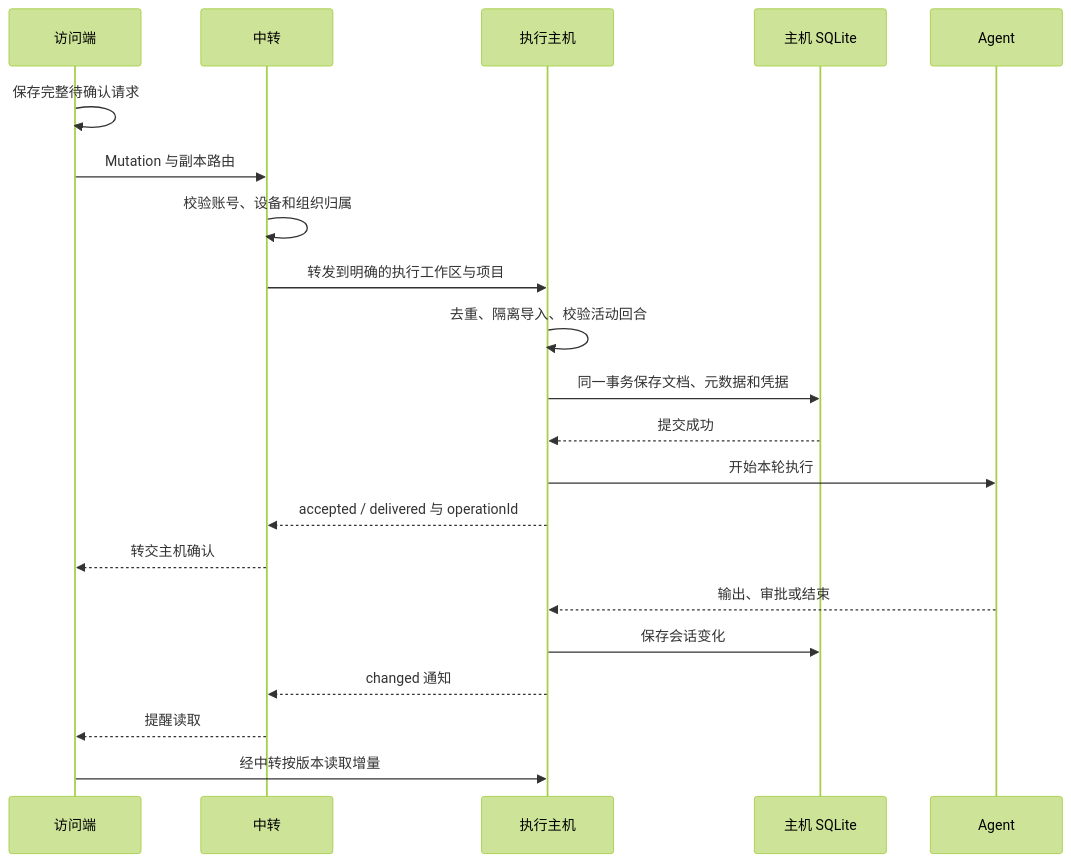
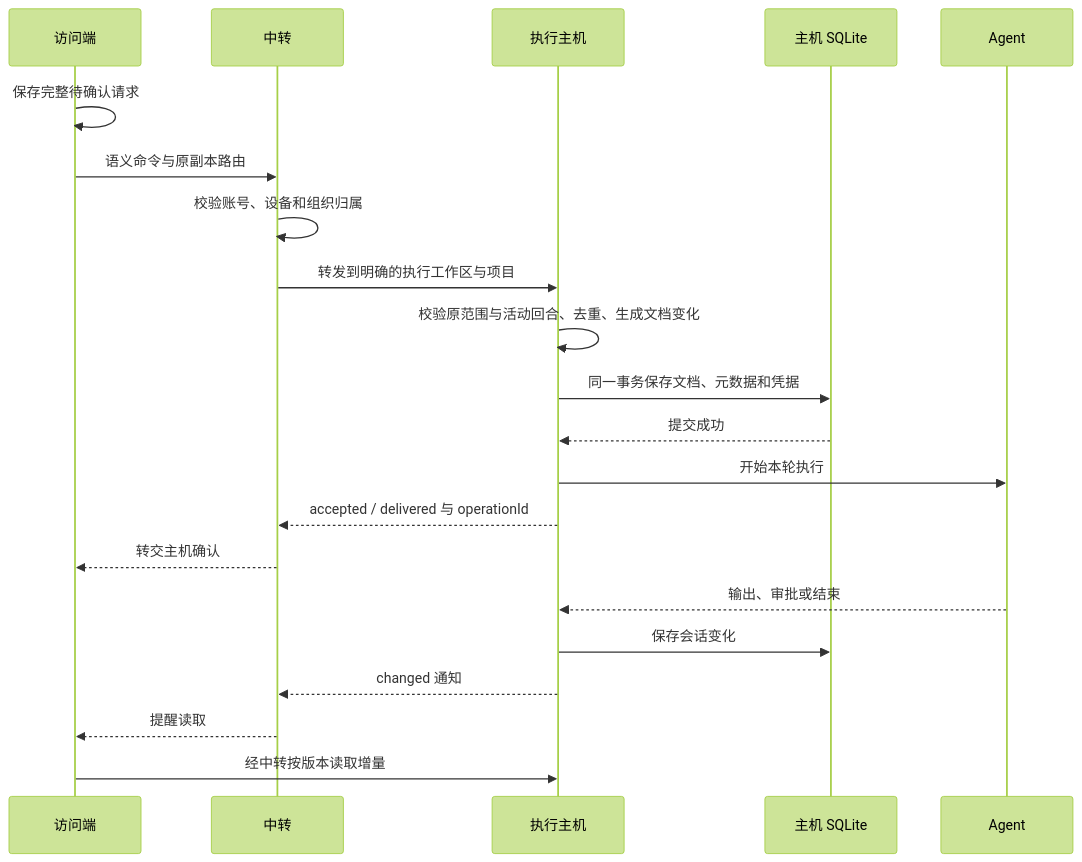
Before and after one commit to zZOMZz/moor: the diagram in docs/sync.md, drawn with Mermaid (forest theme). The commit also changed other lines of this file and 77 other files, not shown here.

````diff
--- a/docs/sync.md
+++ b/docs/sync.md
@@ -43,23 +49,23 @@
 ```mermaid
 sequenceDiagram
   participant C as 访问端
   participant R as 中转
   participant H as 执行主机
   participant D as 主机 SQLite
   participant A as Agent
   C->>C: 保存完整待确认请求
-  C->>R: Mutation 与副本路由
+  C->>R: 语义命令与原副本路由
   R->>R: 校验账号、设备和组织归属
   R->>H: 转发到明确的执行工作区与项目
-  H->>H: 去重、隔离导入、校验活动回合
+  H->>H: 校验原范围与活动回合、去重、生成文档变化
   H->>D: 同一事务保存文档、元数据和凭据
   D-->>H: 提交成功
   H->>A: 开始本轮执行
   H-->>R: accepted / delivered 与 operationId
   R-->>C: 转交主机确认
   A-->>H: 输出、审批或结束
   H->>D: 保存会话变化
   H-->>R: changed 通知
   R-->>C: 提醒读取
   C->>H: 经中转按版本读取增量
 ```
````
